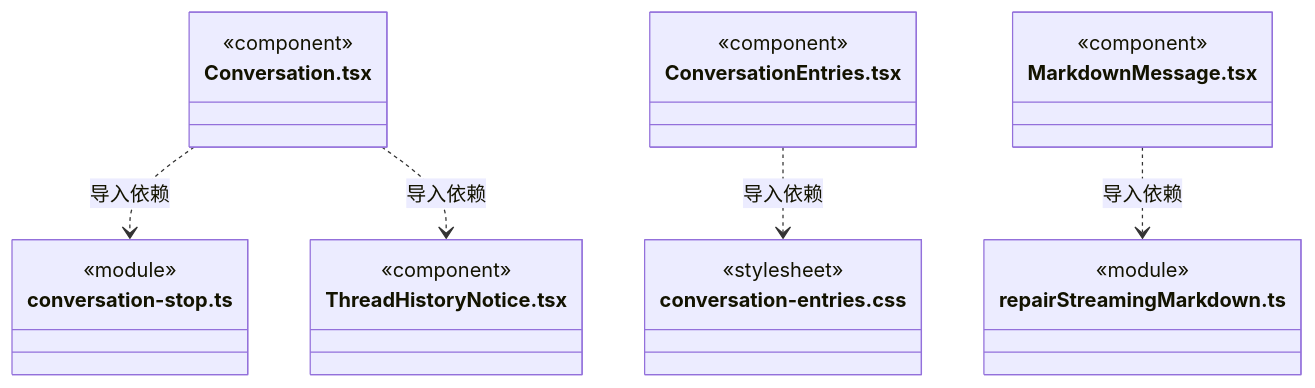
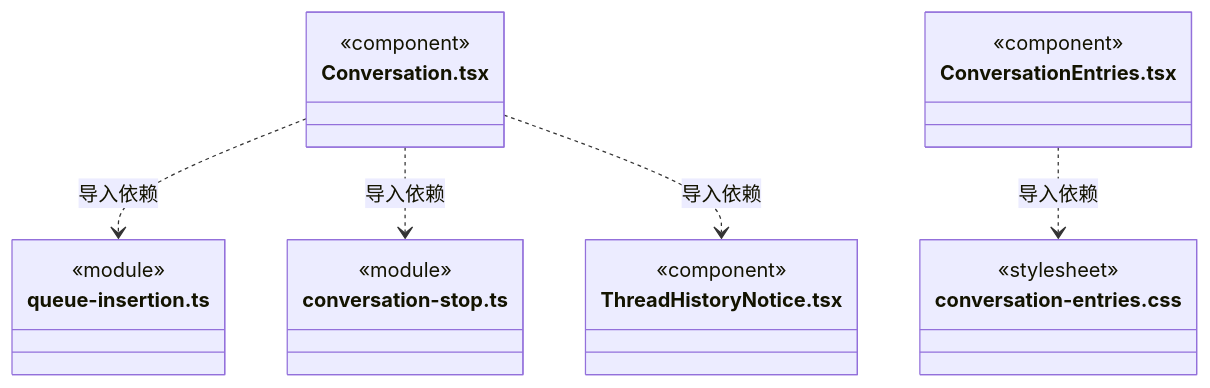
Diagram 54 of 60 in src/frontend/conversation/ARCHITECTURE.md (nan023062/cbim), drawn with Mermaid before and after one commit. The commit also changed other lines of this file and 22 other files, not shown here.

````diff
--- a/src/frontend/conversation/ARCHITECTURE.md
+++ b/src/frontend/conversation/ARCHITECTURE.md
@@ -750,28 +814,25 @@
 ```mermaid
 classDiagram
 class N_src_frontend_conversation_Conversation_tsx["Conversation.tsx"] {
   <<component>>
+}
+class N_src_frontend_conversation_queue_insertion_ts["queue-insertion.ts"] {
+  <<module>>
 }
 class N_src_frontend_conversation_conversation_stop_ts["conversation-stop.ts"] {
   <<module>>
 }
 class N_src_frontend_conversation_ThreadHistoryNotice_tsx["ThreadHistoryNotice.tsx"] {
   <<component>>
 }
 class N_src_frontend_conversation_ConversationEntries_tsx["ConversationEntries.tsx"] {
   <<component>>
 }
 class N_src_frontend_conversation_conversation_entries_css["conversation-entries.css"] {
   <<stylesheet>>
 }
-class N_src_frontend_conversation_MarkdownMessage_tsx["MarkdownMessage.tsx"] {
-  <<component>>
-}
-class N_src_frontend_conversation_repairStreamingMarkdown_ts["repairStreamingMarkdown.ts"] {
-  <<module>>
-}
+N_src_frontend_conversation_Conversation_tsx ..> N_src_frontend_conversation_queue_insertion_ts : 导入依赖
 N_src_frontend_conversation_Conversation_tsx ..> N_src_frontend_conversation_conversation_stop_ts : 导入依赖
 N_src_frontend_conversation_Conversation_tsx ..> N_src_frontend_conversation_ThreadHistoryNotice_tsx : 导入依赖
 N_src_frontend_conversation_ConversationEntries_tsx ..> N_src_frontend_conversation_conversation_entries_css : 导入依赖
-N_src_frontend_conversation_MarkdownMessage_tsx ..> N_src_frontend_conversation_repairStreamingMarkdown_ts : 导入依赖
 ```
````
